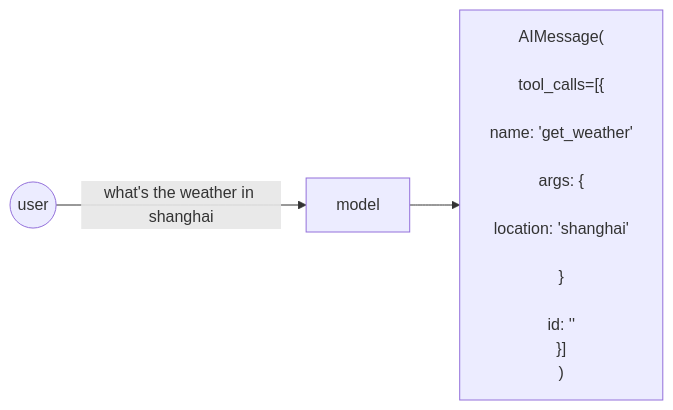
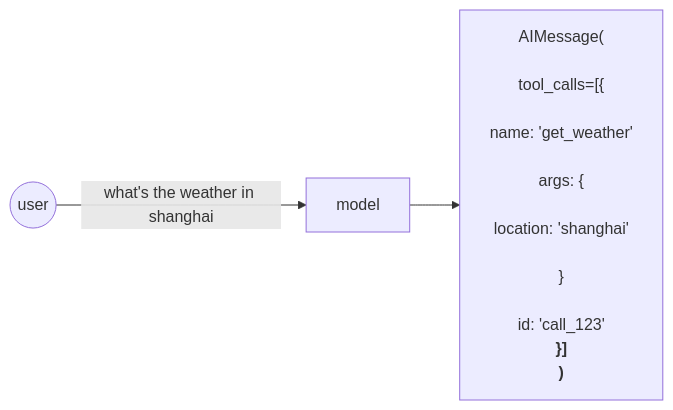
One commit to ka1fe1/iodraw-files changed the diagram in all/未命名-28.md. Above: the diagram before and after it, drawn with Mermaid.

Commit message:
2024-10-22 17:46:08 update

````diff
--- a/all/未命名-28.md
+++ b/all/未命名-28.md
@@ -1,16 +1,16 @@
 ```mermaid
 flowchart LR
     s1((user))
     s2["model"]
     s3["AIMessage(<br>
         tool_calls=[{<br>
             name: 'get_weather'<br>
             args: {<br>
                 location: 'shanghai'<br>
             }<br>
-            id: ''
+            id: 'call_123'<b>
         }]
     )"]
 
     s1 -->|what's the weather in shanghai| s2 --> s3
 ```
````
